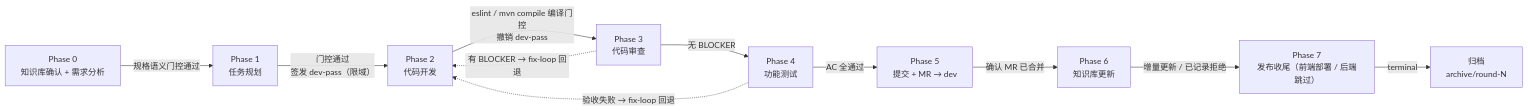
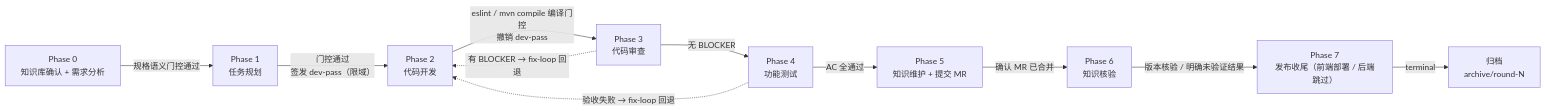
The first of 2 diagrams in README.md (AbyssPan/fullstackflow), drawn with Mermaid before and after one commit. The commit also changed other lines of this file and 43 other files, not shown here.

````diff
--- a/README.md
+++ b/README.md
@@ -50,14 +51,14 @@
 ```mermaid
 flowchart LR
     P0["Phase 0<br/>知识库确认 + 需求分析"] -->|"规格语义门控通过"| P1["Phase 1<br/>任务规划"]
     P1 -->|"门控通过<br/>签发 dev-pass（限域）"| P2["Phase 2<br/>代码开发"]
     P2 -->|"eslint / mvn compile 编译门控<br/>撤销 dev-pass"| P3["Phase 3<br/>代码审查"]
     P3 -->|"无 BLOCKER"| P4["Phase 4<br/>功能测试"]
-    P4 -->|"AC 全通过"| P5["Phase 5<br/>提交 + MR → dev"]
-    P5 -->|"确认 MR 已合并"| P6["Phase 6<br/>知识库更新"]
-    P6 -->|"增量更新 / 已记录拒绝"| P7["Phase 7<br/>发布收尾（前端部署 / 后端跳过）"]
+    P4 -->|"AC 全通过"| P5["Phase 5<br/>知识维护 + 提交 MR"]
+    P5 -->|"确认 MR 已合并"| P6["Phase 6<br/>知识核验"]
+    P6 -->|"版本核验 / 明确未验证结果"| P7["Phase 7<br/>发布收尾（前端部署 / 后端跳过）"]
     P7 -->|"terminal"| ARC["归档<br/>archive/round-N"]
 
     P3 -.->|"有 BLOCKER → fix-loop 回退"| P2
     P4 -.->|"验收失败 → fix-loop 回退"| P2
 ```
````
